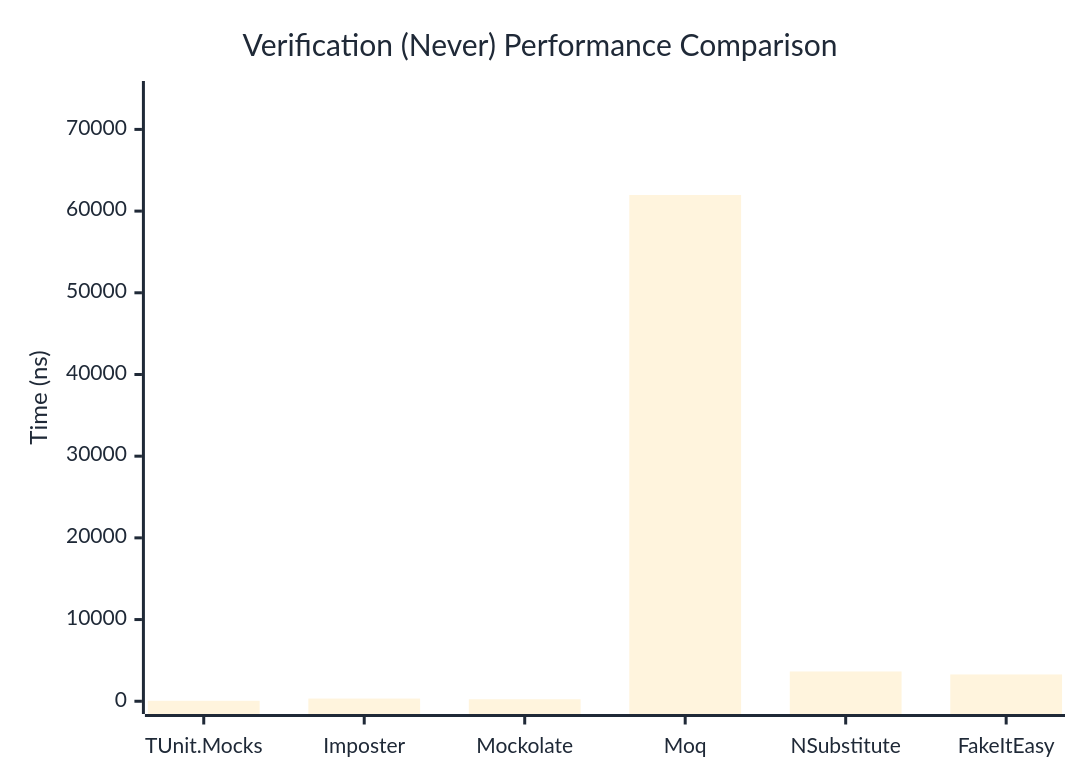
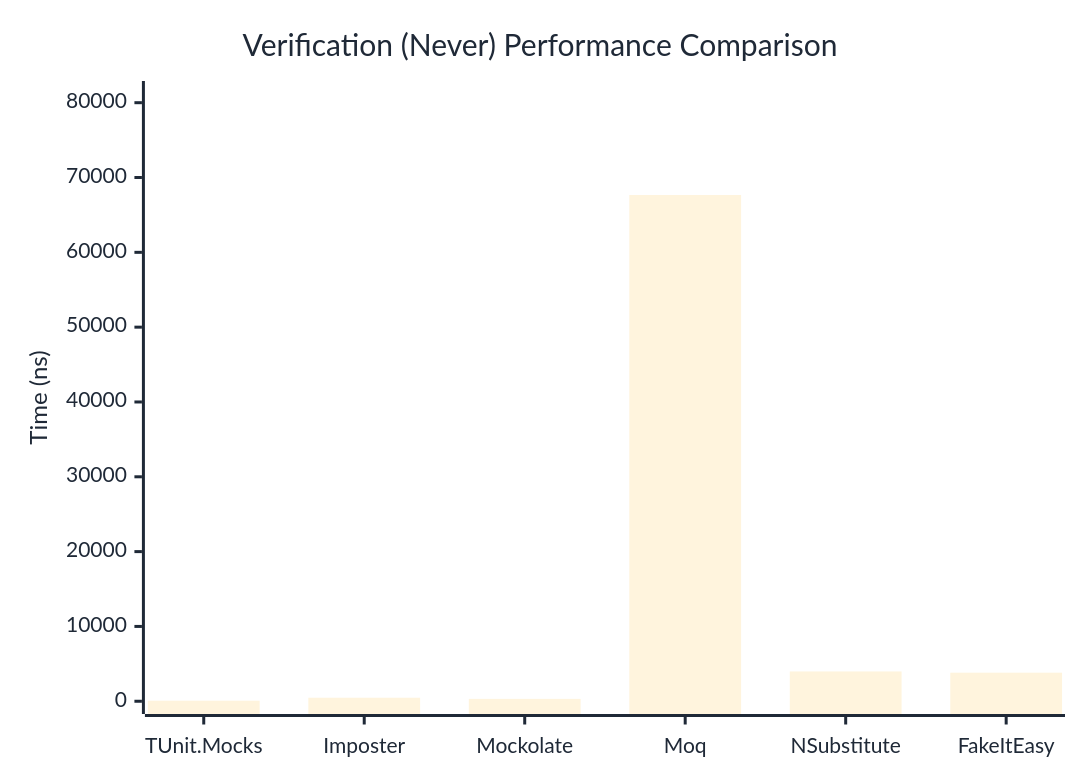
One commit to thomhurst/TUnit changed the second of 3 diagrams in docs/docs/benchmarks/mocks/Verification.md. Above: the diagram before and after it, drawn with Mermaid. The commit also changed other lines of this file and 14 other files, not shown here.

````diff
--- a/docs/docs/benchmarks/mocks/Verification.md
+++ b/docs/docs/benchmarks/mocks/Verification.md
@@ -71,27 +71,27 @@
 ```mermaid
 %%{init: {
   'theme':'base',
   'themeVariables': {
     'primaryColor': '#2563eb',
     'primaryTextColor': '#1f2937',
     'primaryBorderColor': '#1e40af',
     'lineColor': '#6b7280',
     'secondaryColor': '#7c3aed',
     'tertiaryColor': '#dc2626',
     'background': '#ffffff',
     'pie1': '#2563eb',
     'pie2': '#7c3aed',
     'pie3': '#dc2626',
     'pie4': '#f59e0b',
     'pie5': '#10b981',
     'pie6': '#06b6d4',
     'pie7': '#ec4899',
     'pie8': '#6366f1'
   }
 }}%%
 xychart-beta
   title "Verification (Never) Performance Comparison"
   x-axis ["TUnit.Mocks", "Imposter", "Mockolate", "Moq", "NSubstitute", "FakeItEasy"]
-  y-axis "Time (ns)" 0 --> 74365
-  bar [55.89, 327.58, 244, 61970.19, 3645.79, 3282.43]
+  y-axis "Time (ns)" 0 --> 81196
+  bar [71.58, 471.49, 316.54, 67662.7, 3982.31, 3817.5]
 ```
````
